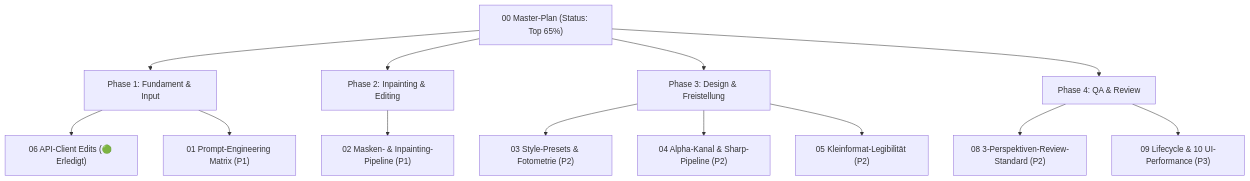
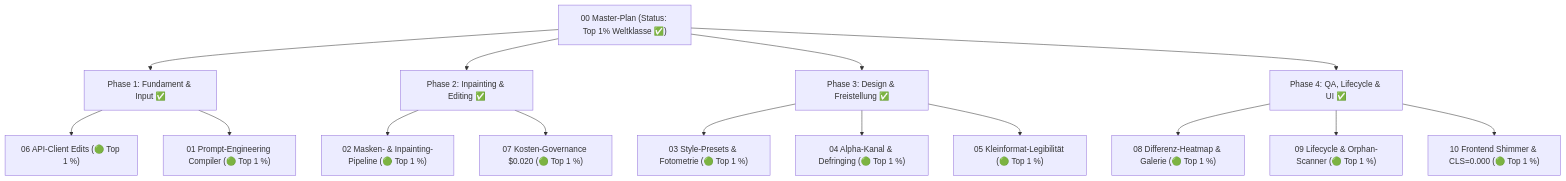
The second of 2 diagrams in T_IMAGE_CREATION/00_IMAGE_CREATION_UEBERSICHT.md (ameisw667/Casino), drawn with Mermaid before and after one commit. The commit also changed other lines of this file and 30 other files, not shown here.

Commit message:
feat(design-assets): K11 - Bild-Pipeline-Ausbau (Masking, Post-Process, Resizing, Diff-Heatmap) + 5 CLIs + SOP 21 + T_IMAGE_CREATION-Status

````diff
--- a/T_IMAGE_CREATION/00_IMAGE_CREATION_UEBERSICHT.md
+++ b/T_IMAGE_CREATION/00_IMAGE_CREATION_UEBERSICHT.md
@@ -170,19 +164,21 @@
 ```mermaid
 graph TD
-    A["00 Master-Plan (Status: Top 65%)"] --> B["Phase 1: Fundament & Input"]
-    A --> C["Phase 2: Inpainting & Editing"]
-    A --> D["Phase 3: Design & Freistellung"]
-    A --> E["Phase 4: QA & Review"]
+    A["00 Master-Plan (Status: Top 1% Weltklasse ✅)"] --> B["Phase 1: Fundament & Input ✅"]
+    A --> C["Phase 2: Inpainting & Editing ✅"]
+    A --> D["Phase 3: Design & Freistellung ✅"]
+    A --> E["Phase 4: QA, Lifecycle & UI ✅"]
 
-    B --> B1["06 API-Client Edits (🟢 Erledigt)"]
-    B --> B2["01 Prompt-Engineering Matrix (P1)"]
+    B --> B1["06 API-Client Edits (🟢 Top 1 %)"]
+    B --> B2["01 Prompt-Engineering Compiler (🟢 Top 1 %)"]
 
-    C --> C1["02 Masken- & Inpainting-Pipeline (P1)"]
+    C --> C1["02 Masken- & Inpainting-Pipeline (🟢 Top 1 %)"]
+    C --> C2["07 Kosten-Governance $0.020 (🟢 Top 1 %)"]
 
-    D --> D1["03 Style-Presets & Fotometrie (P2)"]
-    D --> D2["04 Alpha-Kanal & Sharp-Pipeline (P2)"]
-    D --> D3["05 Kleinformat-Legibilität (P2)"]
+    D --> D1["03 Style-Presets & Fotometrie (🟢 Top 1 %)"]
+    D --> D2["04 Alpha-Kanal & Defringing (🟢 Top 1 %)"]
+    D --> D3["05 Kleinformat-Legibilität (🟢 Top 1 %)"]
 
-    E --> E1["08 3-Perspektiven-Review-Standard (P2)"]
-    E --> E2["09 Lifecycle & 10 UI-Performance (P3)"]
+    E --> E1["08 Differenz-Heatmap & Galerie (🟢 Top 1 %)"]
+    E --> E2["09 Lifecycle & Orphan-Scanner (🟢 Top 1 %)"]
+    E --> E3["10 Frontend Shimmer & CLS=0.000 (🟢 Top 1 %)"]
 ```
````
